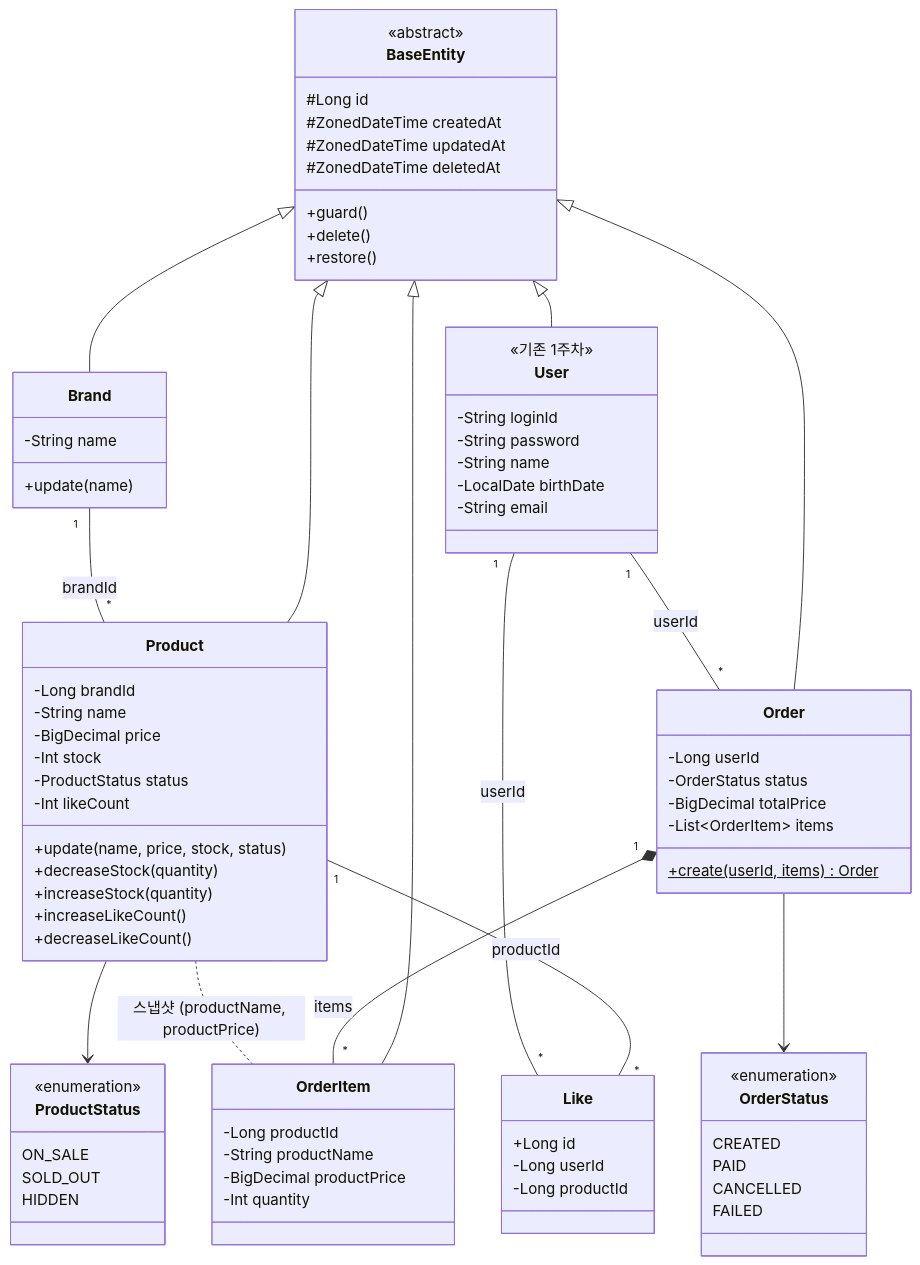
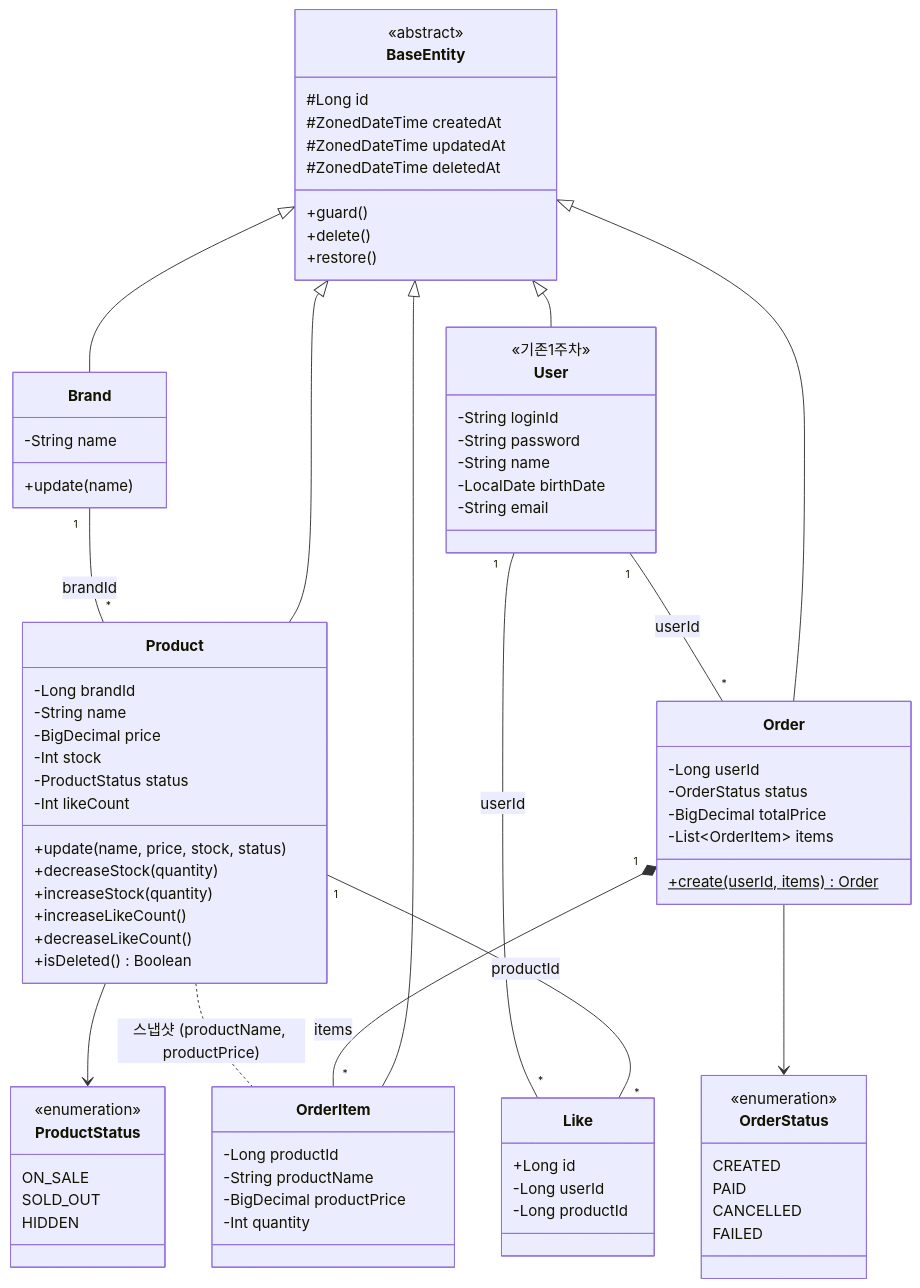
The first of 7 diagrams in docs/design/03-class-diagram.md (Loopers-dev-lab/loop-pack-be-l2-vol3-kotlin), drawn with Mermaid before and after one commit. The commit also changed other lines of this file and 4 other files, not shown here.

```diff
--- a/docs/design/03-class-diagram.md
+++ b/docs/design/03-class-diagram.md
@@ -44,6 +44,7 @@
         +increaseStock(quantity)
         +increaseLikeCount()
         +decreaseLikeCount()
+        +isDeleted() Boolean
     }
 
     class ProductStatus {
@@ -83,7 +84,7 @@
     }
 
     class User {
-        <<기존 1주차>>
+        <<기존1주차>>
         -String loginId
         -String password
         -String name
```
